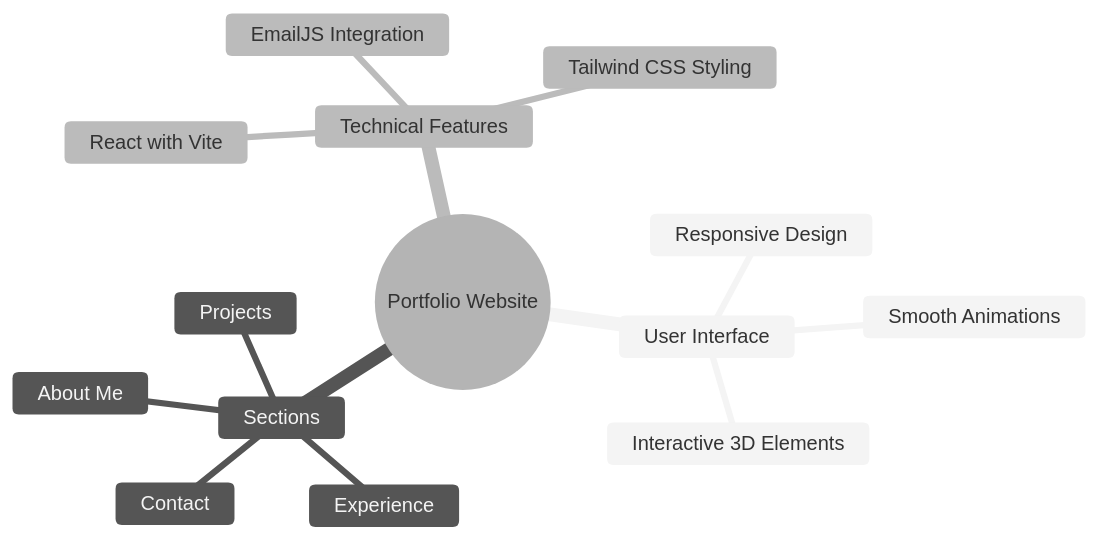
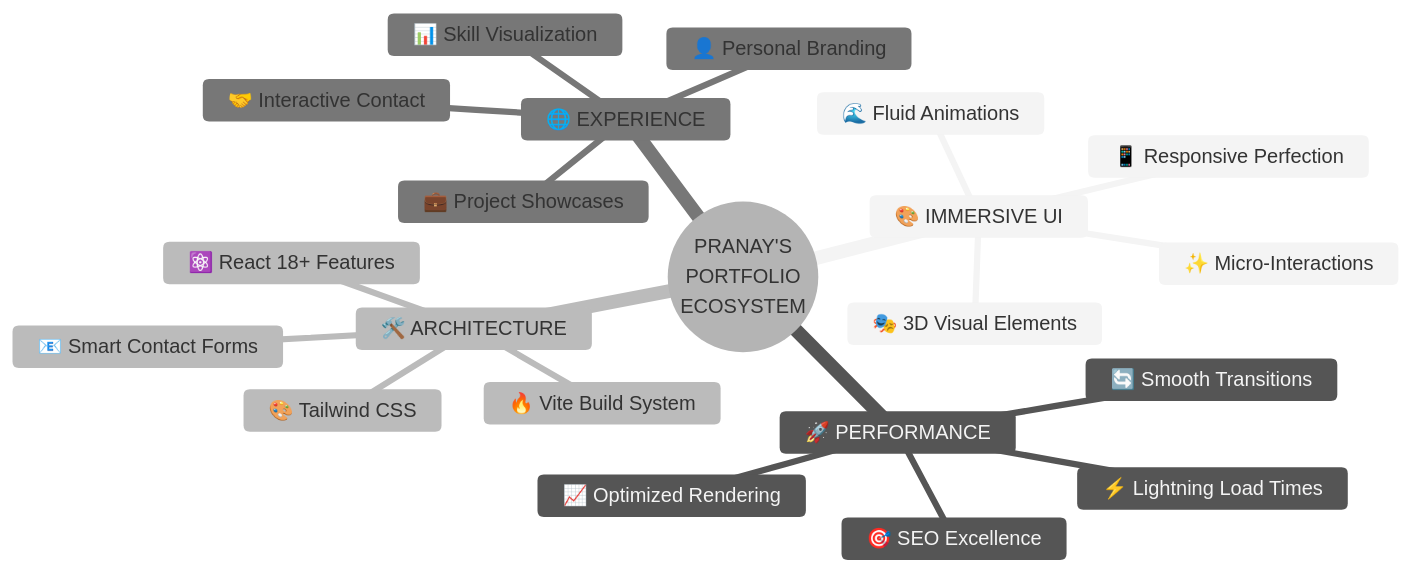
The first of 2 diagrams in README.md (sumit9000/portfolio), drawn with Mermaid (neutral theme) before and after one commit. The commit also changed other lines of this file, not shown here.

First line of the commit message:
✨ Transform README.md with futuristic design and Pranay's personal branding✨ Transform README.md with futuristic design and Pranay's personal brandingUpdate README.md

````diff
--- a/README.md
+++ b/README.md
@@ -27,17 +38,26 @@
 ```mermaid
 mindmap
-  root((Portfolio Website))
-    User Interface
-      Responsive Design
-      Smooth Animations
-      Interactive 3D Elements
-    Sections
-      About Me
-      Experience
-      Projects
-      Contact
-    Technical Features
-      React with Vite
-      Tailwind CSS Styling
-      EmailJS Integration
+  root((PRANAY'S
+    PORTFOLIO
+    ECOSYSTEM))
+    🎨 IMMERSIVE UI
+      ✨ Micro-Interactions
+      🌊 Fluid Animations
+      🎭 3D Visual Elements
+      📱 Responsive Perfection
+    🚀 PERFORMANCE
+      ⚡ Lightning Load Times
+      🔄 Smooth Transitions
+      📈 Optimized Rendering
+      🎯 SEO Excellence
+    🛠️ ARCHITECTURE
+      ⚛️ React 18+ Features
+      🔥 Vite Build System
+      🎨 Tailwind CSS
+      📧 Smart Contact Forms
+    🌐 EXPERIENCE
+      👤 Personal Branding
+      💼 Project Showcases
+      📊 Skill Visualization
+      🤝 Interactive Contact
 ```
````
